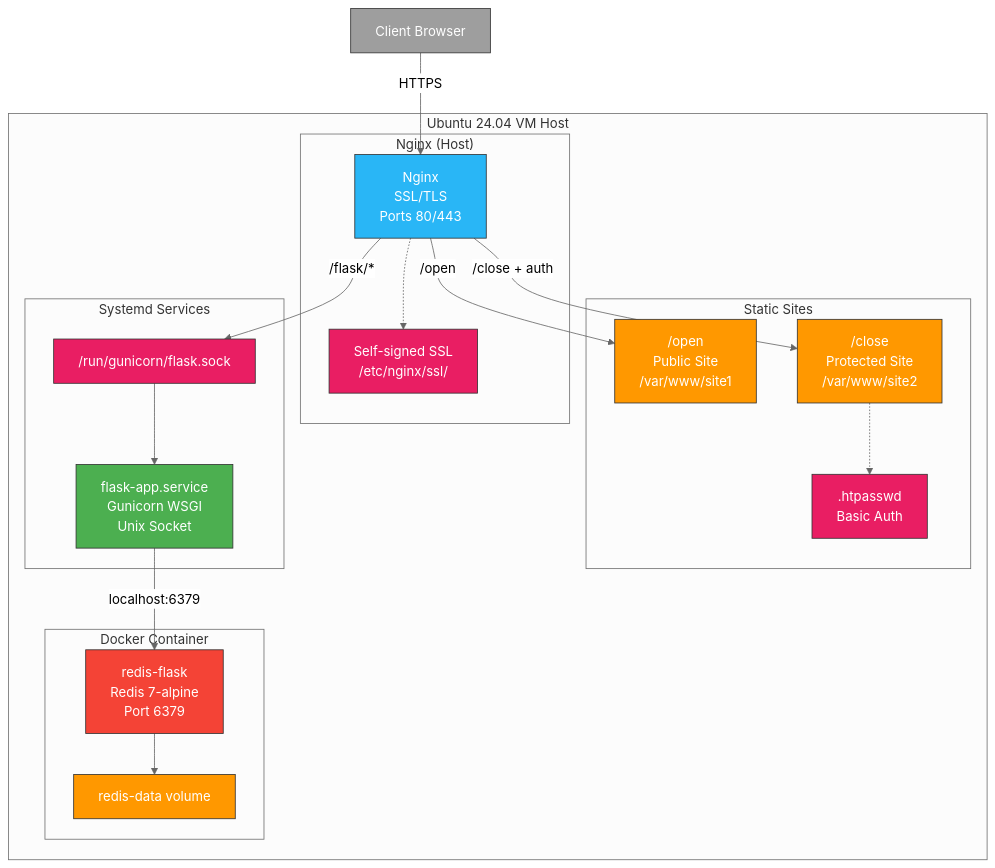
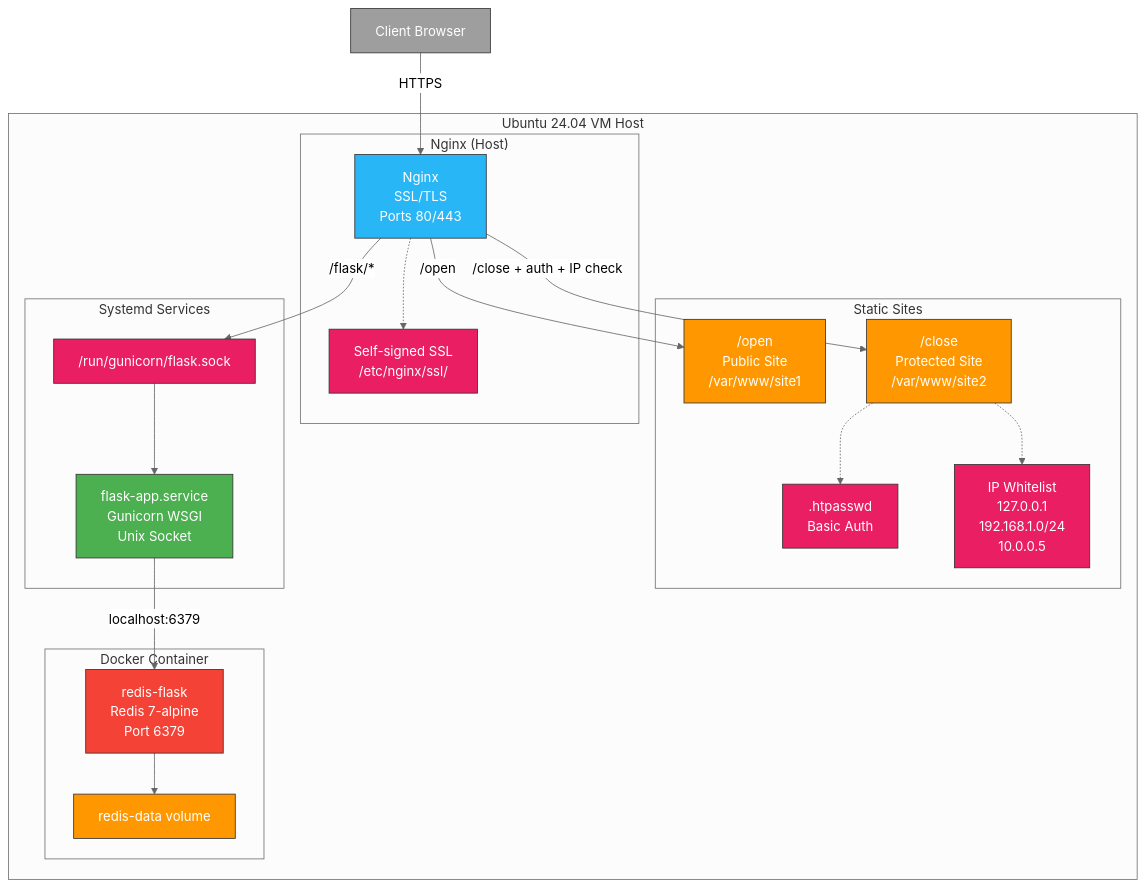
Before and after one commit to PavelMetelsky/HW-lesta: the diagram in hw-NGINX/README.md, drawn with Mermaid (neutral theme). The commit also changed other lines of this file and 9 other files, not shown here.

````diff
--- a/hw-NGINX/README.md
+++ b/hw-NGINX/README.md
@@ -5,44 +5,46 @@
 ```mermaid
 flowchart TD
     classDef client fill:#9E9E9E,color:white,stroke:#333
     classDef nginx fill:#29B6F6,color:white,stroke:#333
     classDef flask fill:#4CAF50,color:white,stroke:#333
     classDef redis fill:#F44336,color:white,stroke:#333
     classDef static fill:#FF9800,color:white,stroke:#333
     classDef auth fill:#E91E63,color:white,stroke:#333
     
     CLIENT[Client Browser]:::client
     
     subgraph HOST["Ubuntu 24.04 VM Host"]
         subgraph NGINX["Nginx (Host)"]
             NGINX_MAIN["Nginx<br>SSL/TLS<br>Ports 80/443"]:::nginx
             SSL["Self-signed SSL<br>/etc/nginx/ssl/"]:::auth
         end
         
         subgraph STATIC["Static Sites"]
             SITE1["/open<br>Public Site<br>/var/www/site1"]:::static
             SITE2["/close<br>Protected Site<br>/var/www/site2"]:::static
             HTPASSWD[".htpasswd<br>Basic Auth"]:::auth
+            IPALLOW["IP Whitelist<br>127.0.0.1<br>192.168.1.0/24<br>10.0.0.5"]:::auth
         end
         
         subgraph SYSTEMD["Systemd Services"]
             FLASK_SERVICE["flask-app.service<br>Gunicorn WSGI<br>Unix Socket"]:::flask
             SOCKET["/run/gunicorn/flask.sock"]:::auth
         end
         
         subgraph DOCKER["Docker Container"]
             REDIS["redis-flask<br>Redis 7-alpine<br>Port 6379"]:::redis
             REDIS_VOL["redis-data volume"]:::static
         end
     end
     
     CLIENT -->|HTTPS| NGINX_MAIN
     NGINX_MAIN -->|/open| SITE1
-    NGINX_MAIN -->|/close + auth| SITE2
+    NGINX_MAIN -->|/close + auth + IP check| SITE2
     NGINX_MAIN -->|/flask/*| SOCKET
     SOCKET --> FLASK_SERVICE
     FLASK_SERVICE -->|localhost:6379| REDIS
     REDIS --> REDIS_VOL
     SITE2 -.-> HTPASSWD
+    SITE2 -.-> IPALLOW
     NGINX_MAIN -.-> SSL
 ```
````
